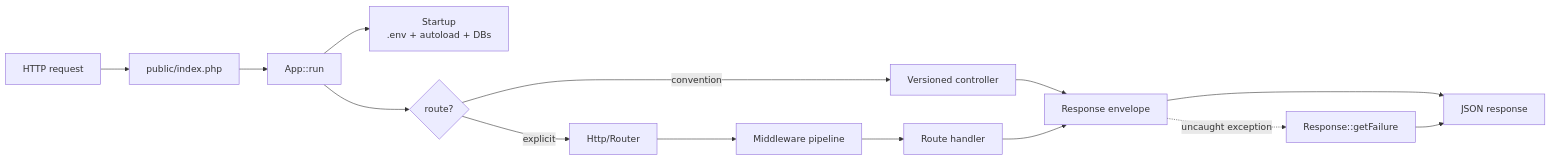
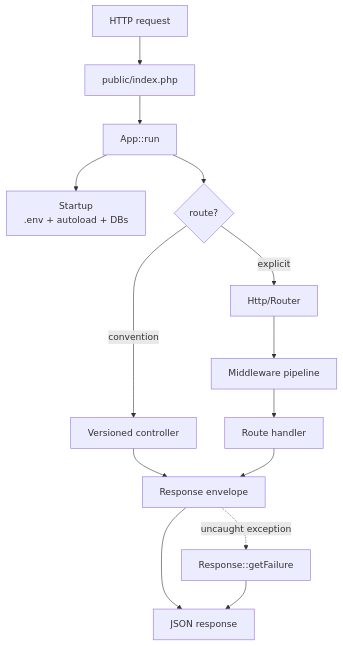
Before and after one commit to davidwyly/rxn: the diagram in README.md, drawn with Mermaid.

Commit message:
docs(README): flip at-a-glance mermaid from LR to TB for legibility
GitHub renders flowcharts at the content-column width. A horizontal
(LR) diagram with 5+ stages side-by-side gets squeezed into roughly
750px wide, so each node ends up tiny. Top-bottom layout keeps the
node boxes full-width (or close to it) and grows vertically as
needed — which in README context is cheap, whereas lost legibility
isn't.

````diff
--- a/README.md
+++ b/README.md
@@ -20,16 +20,16 @@
 ```mermaid
-flowchart LR
+flowchart TB
     Req["HTTP request"] --> Index["public/index.php"]
     Index --> App["App::run"]
     App --> Boot["Startup<br/>.env + autoload + DBs"]
     App --> Dispatch{"route?"}
     Dispatch -->|convention| ConvCtrl["Versioned controller"]
     Dispatch -->|explicit| Router["Http/Router"]
     Router --> Pipeline["Middleware pipeline"]
     Pipeline --> ExplCtrl["Route handler"]
     ConvCtrl --> Resp["Response envelope"]
     ExplCtrl --> Resp
     Resp --> JSON["JSON response"]
     Resp -. uncaught exception .-> Fail["Response::getFailure"]
     Fail --> JSON
 ```
````
